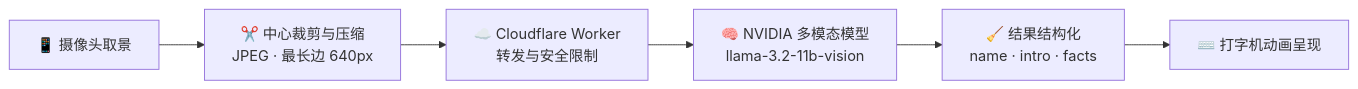
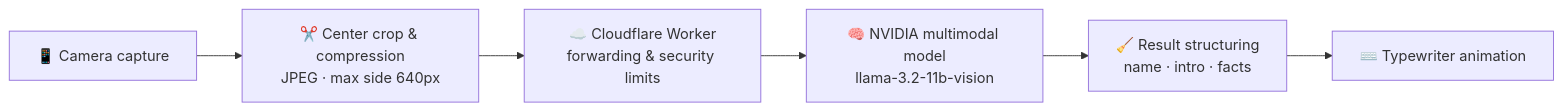
Before and after one commit to Mocas-12/aura-vision: the diagram in README.md, drawn with Mermaid. The commit also changed other lines of this file and 1 other file, not shown here.

````diff
--- a/README.md
+++ b/README.md
@@ -62,8 +62,8 @@
 ```mermaid
 flowchart LR
-    A[📱 摄像头取景] --> B[✂️ 中心裁剪与压缩<br/>JPEG · 最长边 640px]
-    B --> C[☁️ Cloudflare Worker<br/>转发与安全限制]
-    C --> D[🧠 NVIDIA 多模态模型<br/>llama-3.2-11b-vision]
-    D --> E[🧹 结果结构化<br/>name · intro · facts]
-    E --> F[⌨️ 打字机动画呈现]
+    A[📱 Camera capture] --> B[✂️ Center crop & compression<br/>JPEG · max side 640px]
+    B --> C[☁️ Cloudflare Worker<br/>forwarding & security limits]
+    C --> D[🧠 NVIDIA multimodal model<br/>llama-3.2-11b-vision]
+    D --> E[🧹 Result structuring<br/>name · intro · facts]
+    E --> F[⌨️ Typewriter animation]
 ```
````
